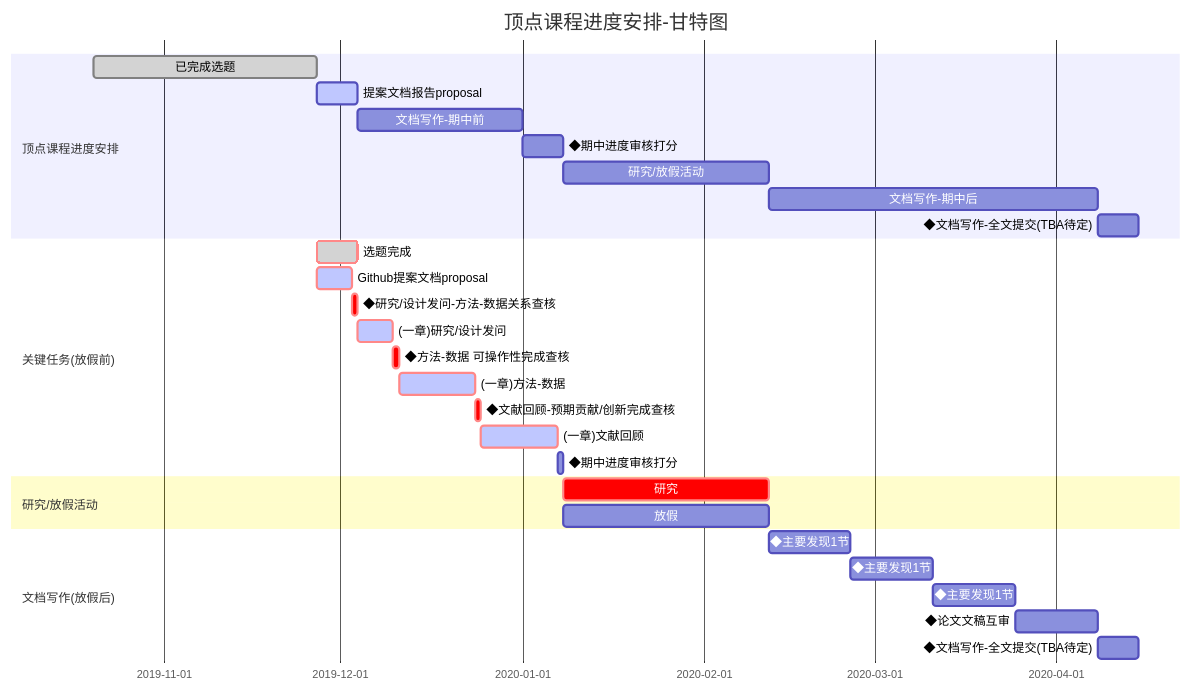
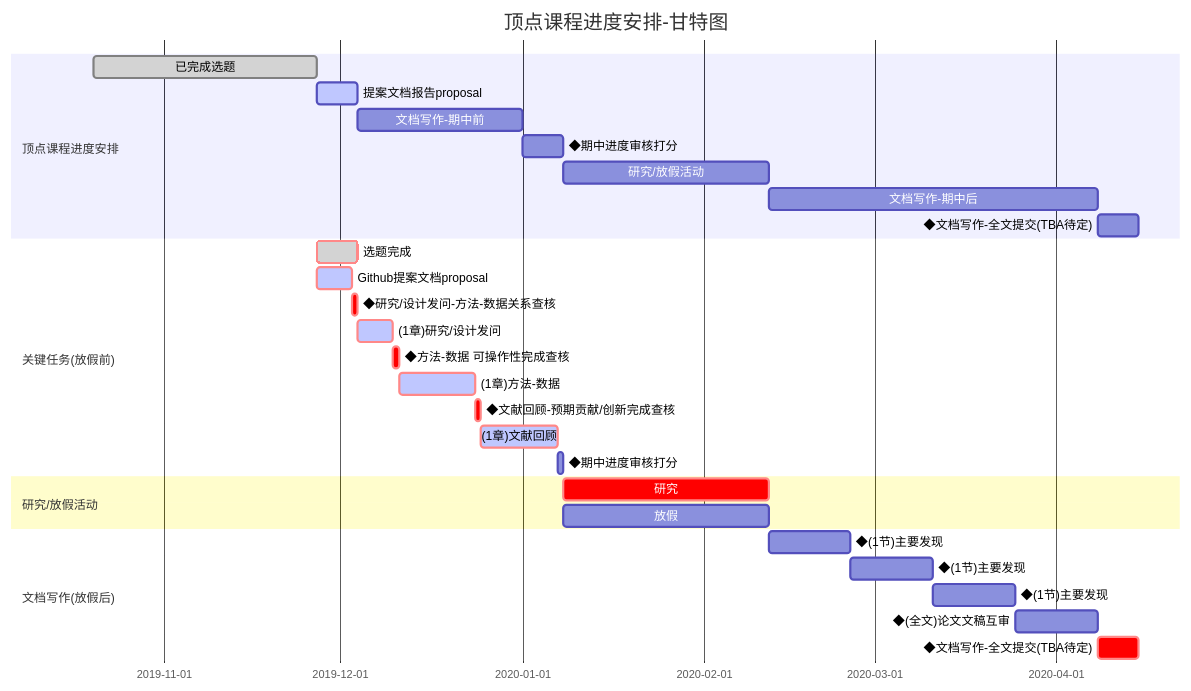
One commit to q3466141541/CapstoneProject changed the diagram in prjs/proposal.md. Above: the diagram before and after it, drawn with Mermaid.

```diff
--- a/prjs/proposal.md
+++ b/prjs/proposal.md
@@ -96,38 +96,38 @@
 <div class="mermaid" style="background-color:lightgreen;"> 
 gantt
        dateFormat  YYYY-MM-DD
        title 顶点课程进度安排-甘特图
 
        section 顶点课程进度安排
        已完成选题                :done,    des1, 2019-10-20,2019-11-27
        提案文档报告proposal      :active,  des2, 2019-11-27, 7d
        文档写作-期中前                  :         des3, after des2, 28d
        ◆期中进度审核打分         :         des4, after des3, 7d
        研究/放假活动             :         des5, after des4, 35d
        文档写作-期中后         :         des6, after des5, 56d
        ◆文档写作-全文提交(TBA待定):         des7, after des6, 7d
 
        section 关键任务(放假前)
        选题完成                  :crit, done, after des1, 7d
        Github提案文档proposal    :crit, active, 2019-11-27,6d
        ◆研究/设计发问-方法-数据关系查核  :crit, 1d
-       (一章)研究/设计发问       :crit, active, 2019-12-04,6d
+       (1章)研究/设计发问       :crit, active, 2019-12-04,6d
        ◆方法-数据 可操作性完成查核       :crit, 1d
-       (一章)方法-数据           :crit, active, 2019-12-11,13d
+       (1章)方法-数据           :crit, active, 2019-12-11,13d
        ◆文献回顾-预期贡献/创新完成查核     :crit, 1d
-       (一章)文献回顾           :crit, active, 2019-12-25,13d
+       (1章)文献回顾           :crit, active, 2019-12-25,13d
        ◆期中进度审核打分                   :1d
 
        section 研究/放假活动
        研究                     :crit, after des4, 35d
        放假                     :      vac1, after des4, 35d
 
        section 文档写作(放假后)
-       ◆主要发现1节              : finding1, after des5, 14d
-       ◆主要发现1节              : finding2, after finding1, 14d
-       ◆主要发现1节              : finding3, after finding2, 14d
-       ◆论文文稿互审             : peerreview, after finding3, 14d
-       ◆文档写作-全文提交(TBA待定):    des7, after peerreview, 7d
+       ◆(1节)主要发现              : finding1, after des5, 14d
+       ◆(1节)主要发现              : finding2, after finding1, 14d
+       ◆(1节)主要发现              : finding3, after finding2, 14d
+       ◆(全文)论文文稿互审             : peerreview, after finding3, 14d
+       ◆文档写作-全文提交(TBA待定):crit, des7, after peerreview, 7d
 
 
 </div>
```
